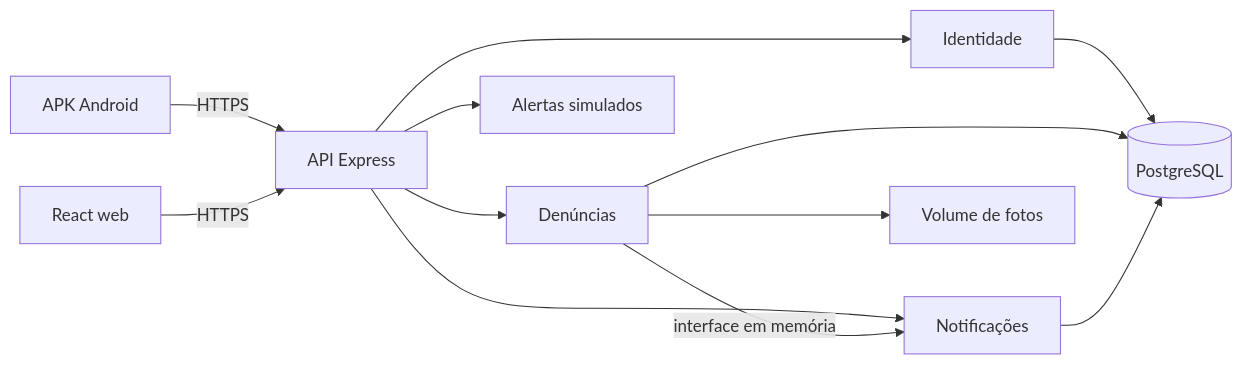
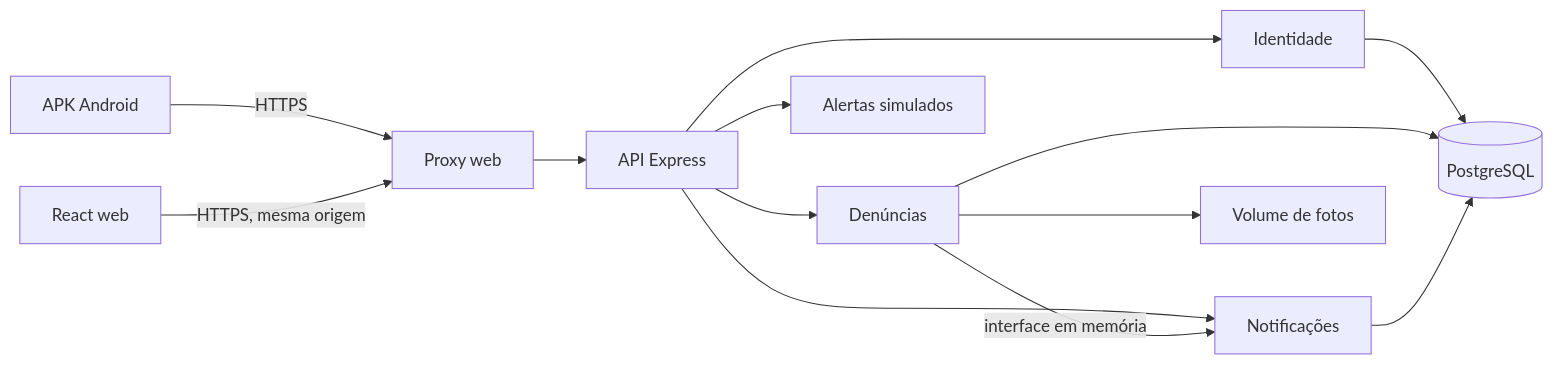
Before and after one commit to Duck1201/MyCity: the diagram in docs/architecture.md, drawn with Mermaid. The commit also changed other lines of this file and 55 other files, not shown here.

````diff
--- a/docs/architecture.md
+++ b/docs/architecture.md
@@ -7,14 +7,15 @@
 ```mermaid
 flowchart LR
-    Mobile[APK Android] -->|HTTPS| API[API Express]
-    Browser[React web] -->|HTTPS| API
+    Mobile[APK Android] -->|HTTPS| Proxy[Proxy web]
+    Browser[React web] -->|HTTPS, mesma origem| Proxy
+    Proxy --> API[API Express]
     API --> Identity[Identidade]
     API --> Reports[Denúncias]
     API --> Notices[Notificações]
     API --> Alerts[Alertas simulados]
     Reports -->|interface em memória| Notices
     Identity --> DB[(PostgreSQL)]
     Reports --> DB
     Notices --> DB
     Reports --> Files[Volume de fotos]
 ```
````
